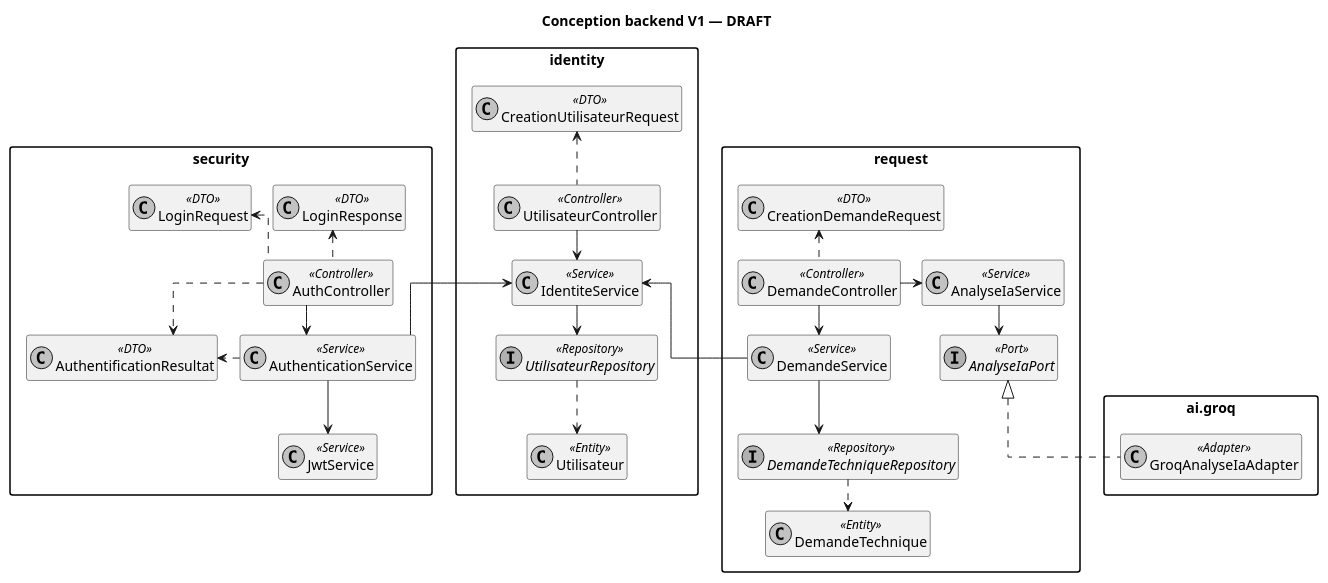
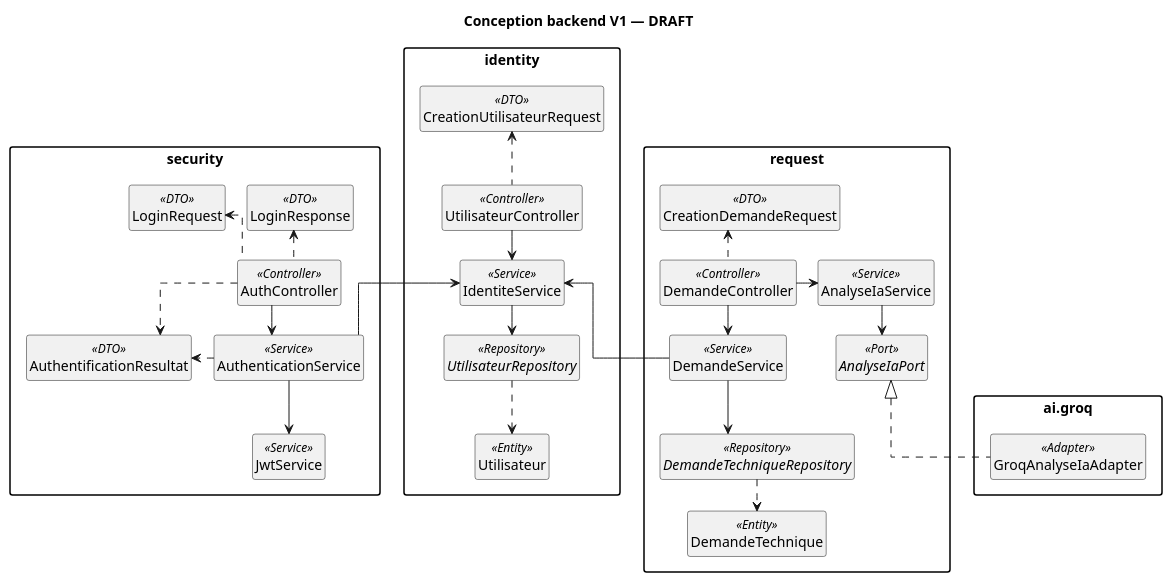
Before and after one commit to akrouty/gestion-demandes-techniques: the diagram in docs/uml/class/backend-design-v1.puml, drawn with PlantUML. The commit also changed 2 other files, not shown here.

Commit message:
finilisation des diagramme

```diff
--- a/docs/uml/class/backend-design-v1.puml
+++ b/docs/uml/class/backend-design-v1.puml
@@ -1,65 +1,66 @@
 @startuml
 ' Statut : DRAFT
 ' Vue synthétique des classes réelles de main ; détails omis volontairement.
 ' Les liens hidden sont uniquement des contraintes graphiques.
 title Conception backend V1 — DRAFT
 top to bottom direction
 skinparam monochrome true
 skinparam shadowing false
 skinparam backgroundColor white
 skinparam classAttributeIconSize 0
 skinparam packageStyle rectangle
 skinparam linetype ortho
 skinparam nodesep 22
 skinparam ranksep 30
 hide empty members
+hide circle
 package request as REQUEST_MODULE {
   class CreationDemandeRequest <<DTO>>
   class DemandeController <<Controller>>
   class DemandeService <<Service>>
   interface DemandeTechniqueRepository <<Repository>>
   class DemandeTechnique <<Entity>>
   class AnalyseIaService <<Service>>
   interface AnalyseIaPort <<Port>>
   DemandeController .up.> CreationDemandeRequest
   DemandeController -down-> DemandeService
   DemandeService -down-> DemandeTechniqueRepository
   DemandeTechniqueRepository .down.> DemandeTechnique
   DemandeController -left-> AnalyseIaService
   AnalyseIaService -down-> AnalyseIaPort
 }
 package "ai.groq" as GROQ_MODULE {
   class GroqAnalyseIaAdapter <<Adapter>>
 }
 GroqAnalyseIaAdapter .up.|> AnalyseIaPort
 package identity as IDENTITY_MODULE {
   class CreationUtilisateurRequest <<DTO>>
   class UtilisateurController <<Controller>>
   class IdentiteService <<Service>>
   interface UtilisateurRepository <<Repository>>
   class Utilisateur <<Entity>>
   UtilisateurController .up.> CreationUtilisateurRequest
   UtilisateurController -down-> IdentiteService
   IdentiteService -down-> UtilisateurRepository
   UtilisateurRepository .down.> Utilisateur
 }
 package security as SECURITY_MODULE {
   class LoginRequest <<DTO>>
   class LoginResponse <<DTO>>
   class AuthController <<Controller>>
   class AuthenticationService <<Service>>
   class AuthentificationResultat <<DTO>>
   class JwtService <<Service>>
   AuthController .up.> LoginRequest
   AuthController .up.> LoginResponse
   AuthController -down-> AuthenticationService
   AuthController .right.> AuthentificationResultat
   AuthenticationService .right.> AuthentificationResultat
   AuthenticationService -down-> JwtService
 }
 DemandeService -up-> IdentiteService
 AuthenticationService -up-> IdentiteService
 ' Placement uniquement : alignement des entrées et services.
 LoginRequest -[hidden]right- LoginResponse
 DemandeController -[hidden]right-> AuthController
 @enduml
```
